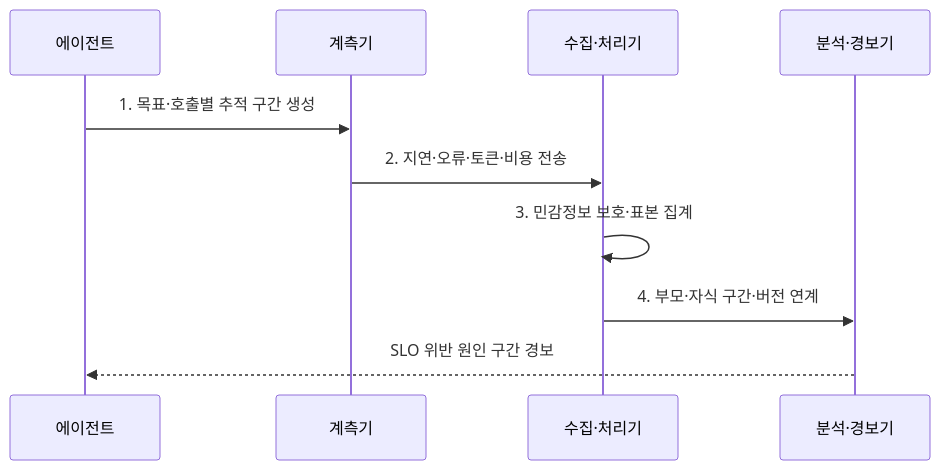
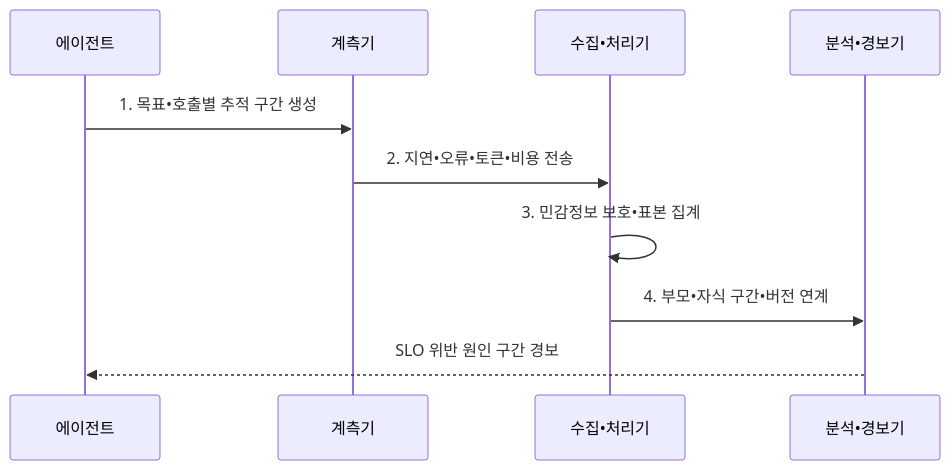
Before and after one commit to agnusdei1207/knowledge-base: the second of 2 diagrams in src/content/docs/notes/08-latest-tech/023_agent_observability.md, drawn with Mermaid. The commit also changed other lines of this file and 953 other files, not shown here.

````diff
--- a/src/content/docs/notes/08-latest-tech/023_agent_observability.md
+++ b/src/content/docs/notes/08-latest-tech/023_agent_observability.md
@@ -105,12 +105,12 @@
 ```mermaid
 sequenceDiagram
     participant A as 에이전트
     participant I as 계측기
-    participant C as 수집·처리기
-    participant V as 분석·경보기
-    A->>I: 1. 목표·호출별 추적 구간 생성
-    I->>C: 2. 지연·오류·토큰·비용 전송
-    C->>C: 3. 민감정보 보호·표본 집계
-    C->>V: 4. 부모·자식 구간·버전 연계
+    participant C as 수집•처리기
+    participant V as 분석•경보기
+    A->>I: 1. 목표•호출별 추적 구간 생성
+    I->>C: 2. 지연•오류•토큰•비용 전송
+    C->>C: 3. 민감정보 보호•표본 집계
+    C->>V: 4. 부모•자식 구간•버전 연계
     V-->>A: SLO 위반 원인 구간 경보
 ```
````
